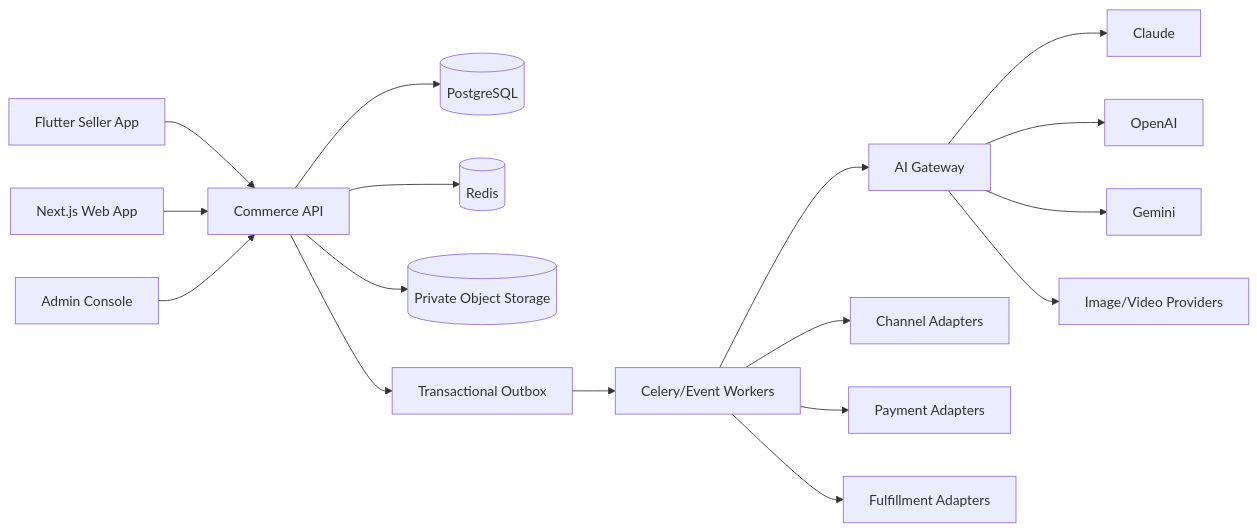
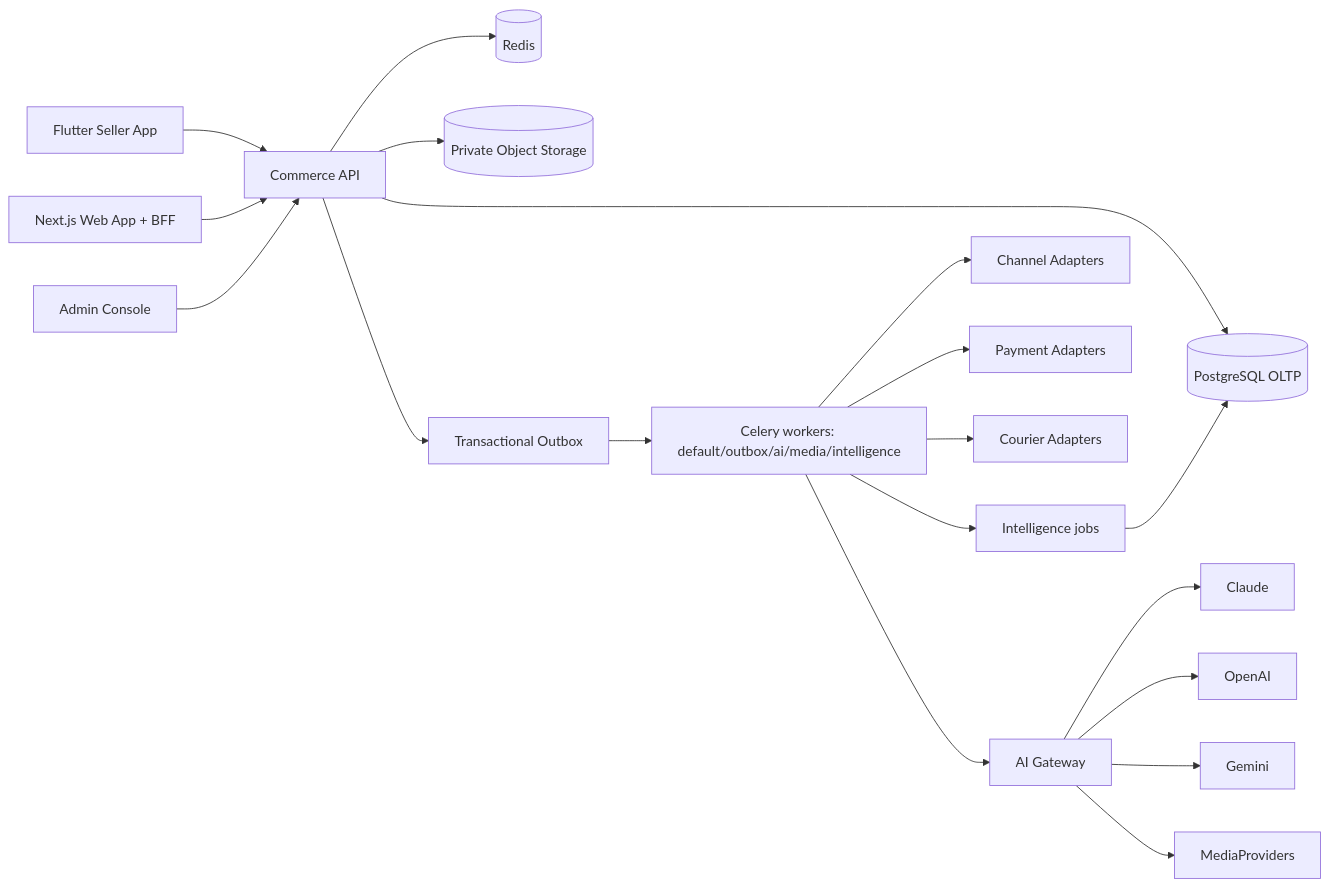
Before and after one commit to azwinverma/automateEccom: the diagram in specs/03_SYSTEM_ARCHITECTURE.md, drawn with Mermaid. The commit also changed other lines of this file and 33 other files, not shown here.

````diff
--- a/specs/03_SYSTEM_ARCHITECTURE.md
+++ b/specs/03_SYSTEM_ARCHITECTURE.md
@@ -7,19 +46,18 @@
 ```mermaid
 flowchart LR
     Mobile[Flutter Seller App] --> API
-    Web[Next.js Web App] --> API
+    Web[Next.js Web App + BFF] --> API
     Admin[Admin Console] --> API
-    API[Commerce API] --> PG[(PostgreSQL)]
+    API[Commerce API] --> PG[(PostgreSQL OLTP)]
     API --> Redis[(Redis)]
     API --> Obj[(Private Object Storage)]
     API --> Outbox[Transactional Outbox]
-    Outbox --> Workers[Celery/Event Workers]
+    Outbox --> Workers[Celery workers: default/outbox/ai/media/intelligence]
     Workers --> AI[AI Gateway]
     Workers --> Channels[Channel Adapters]
     Workers --> Pay[Payment Adapters]
-    Workers --> Fulfill[Fulfillment Adapters]
-    AI --> Claude
-    AI --> OpenAI
-    AI --> Gemini
-    AI --> MediaProviders[Image/Video Providers]
+    Workers --> Fulfill[Courier Adapters]
+    Workers --> Intel[Intelligence jobs]
+    Intel --> PG
+    AI --> Claude & OpenAI & Gemini & MediaProviders
 ```
````
